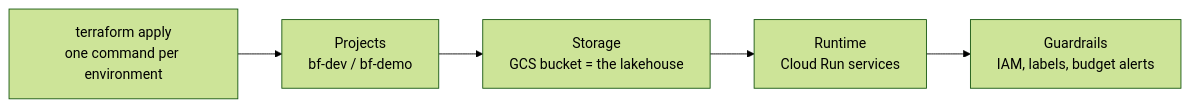
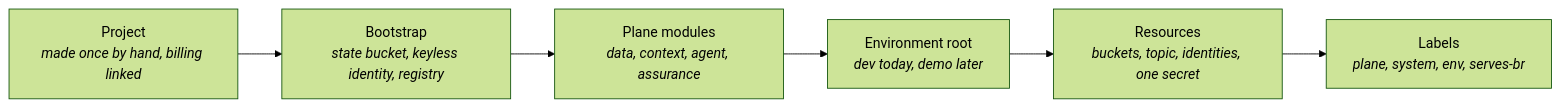
The diagram in docs/10-foundation/11-cloud-substrate.md (deathscythe272/blackfork-platform), drawn with Mermaid (forest theme) before and after one commit. The commit also changed other lines of this file and 33 other files, not shown here.

First line of the commit message:
feat(infra): F2 cloud substrate: bootstrap root, plane modules, dev environment root

````diff
--- a/docs/10-foundation/11-cloud-substrate.md
+++ b/docs/10-foundation/11-cloud-substrate.md
@@ -20,4 +25,8 @@
 ```mermaid
 flowchart LR
-  A["terraform apply<br>one command per environment"] --> B["Projects<br>bf-dev / bf-demo"] --> C["Storage<br>GCS bucket = the lakehouse"] --> D["Runtime<br>Cloud Run services"] --> E["Guardrails<br>IAM, labels, budget alerts"]
+  PROJECT["Project<br><i>made once by hand, billing linked</i>"] --> BOOT["Bootstrap<br><i>state bucket, keyless identity, registry</i>"]
+  BOOT --> MODULES["Plane modules<br><i>data, context, agent, assurance</i>"]
+  MODULES --> ENV["Environment root<br><i>dev today, demo later</i>"]
+  ENV --> RESOURCES["Resources<br><i>buckets, topic, identities, one secret</i>"]
+  RESOURCES --> LABELS["Labels<br><i>plane, system, env, serves-br</i>"]
 ```
````
